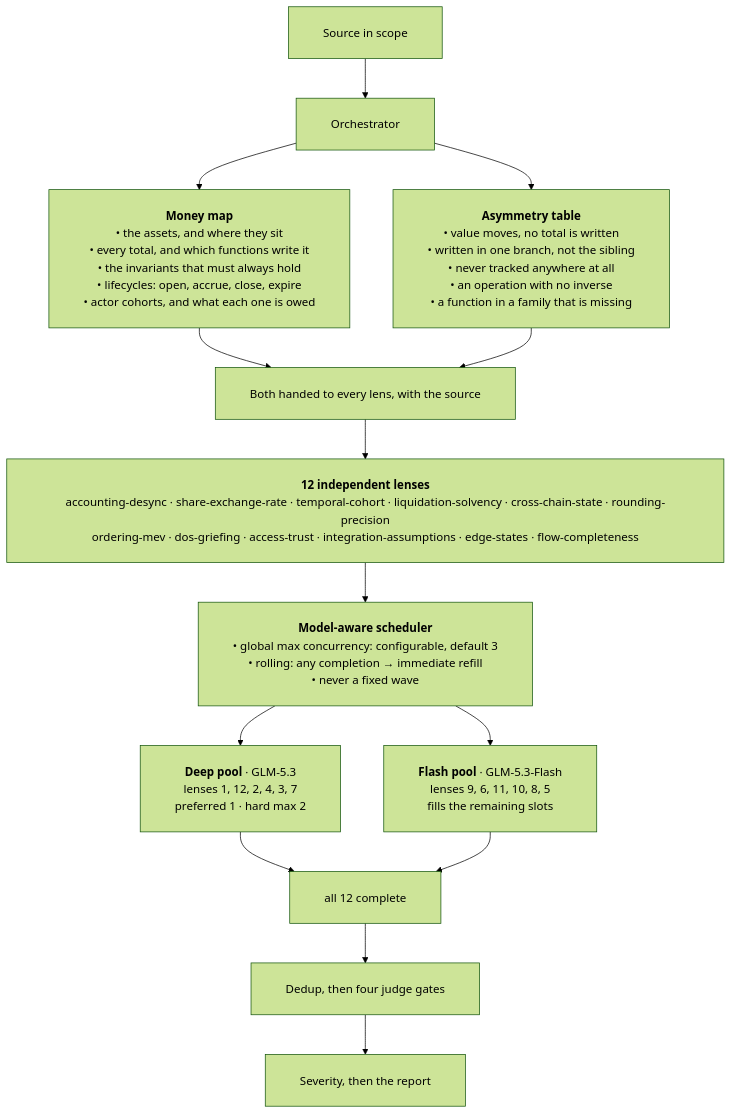
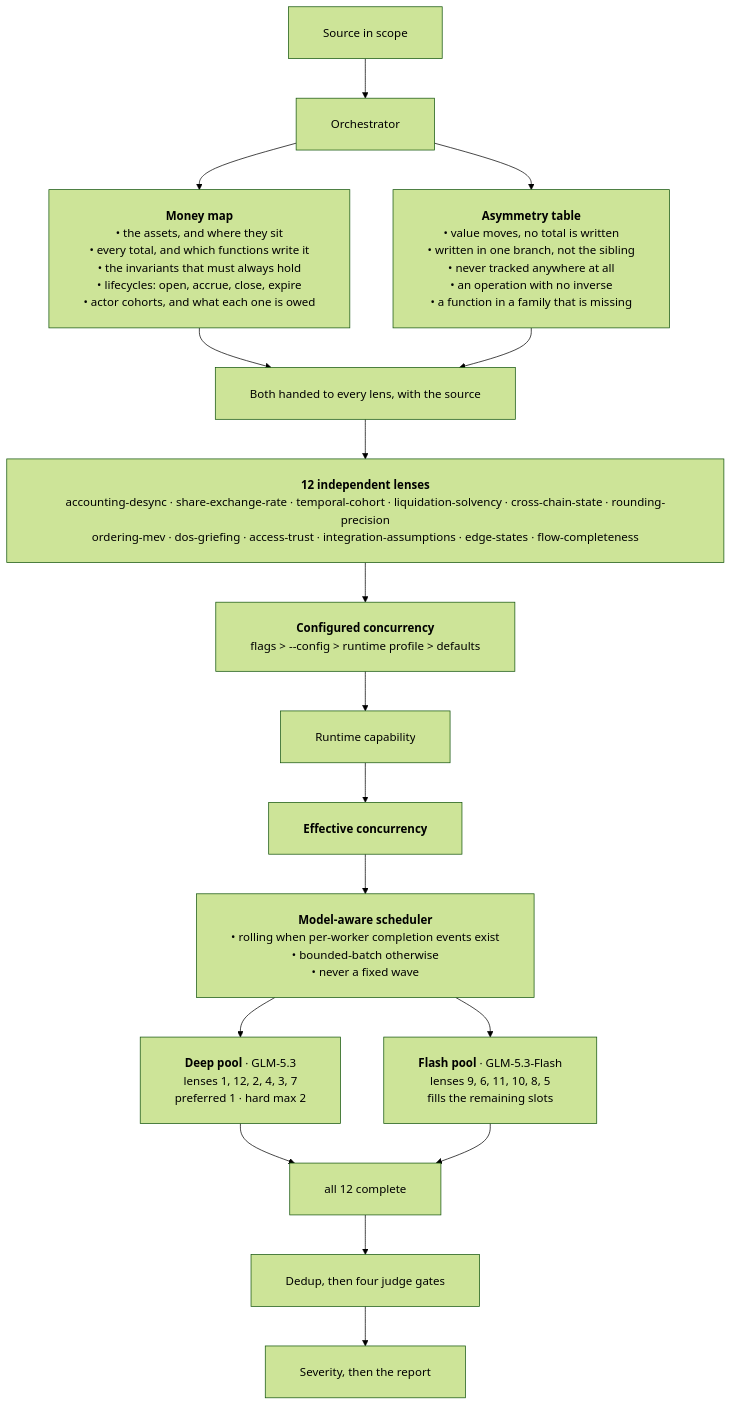
The diagram in README.md (WhiteHexLabs/0xsimao-ai), drawn with Mermaid (forest theme) before and after one commit. The commit also changed other lines of this file and 10 other files, not shown here.

````diff
--- a/README.md
+++ b/README.md
@@ -29,17 +29,20 @@
 ```mermaid
 %%{init: {"flowchart": {"padding": 24, "nodeSpacing": 60, "rankSpacing": 55, "wrappingWidth": 900}}}%%
 flowchart TD
   S["Source in scope"] --> O["Orchestrator"]
   O --> MM["<b>Money map</b><br/>• the assets, and where they sit<br/>• every total, and which functions write it<br/>• the invariants that must always hold<br/>• lifecycles: open, accrue, close, expire<br/>• actor cohorts, and what each one is owed"]
   O --> AT["<b>Asymmetry table</b><br/>• value moves, no total is written<br/>• written in one branch, not the sibling<br/>• never tracked anywhere at all<br/>• an operation with no inverse<br/>• a function in a family that is missing"]
   MM --> H["Both handed to every lens, with the source"]
   AT --> H
   H --> Q["<b>12 independent lenses</b><br/>accounting-desync · share-exchange-rate · temporal-cohort · liquidation-solvency · cross-chain-state · rounding-precision<br/>ordering-mev · dos-griefing · access-trust · integration-assumptions · edge-states · flow-completeness"]
-  Q --> SC["<b>Model-aware scheduler</b><br/>• global max concurrency: configurable, default 3<br/>• rolling: any completion → immediate refill<br/>• never a fixed wave"]
+  Q --> CC["<b>Configured concurrency</b><br/>flags > --config > runtime profile > defaults"]
+  CC --> RT["Runtime capability"]
+  RT --> EC["<b>Effective concurrency</b>"]
+  EC --> SC["<b>Model-aware scheduler</b><br/>• rolling when per-worker completion events exist<br/>• bounded-batch otherwise<br/>• never a fixed wave"]
   SC --> DP["<b>Deep pool</b> · GLM-5.3<br/>lenses 1, 12, 2, 4, 3, 7<br/>preferred 1 · hard max 2"]
   SC --> FP["<b>Flash pool</b> · GLM-5.3-Flash<br/>lenses 9, 6, 11, 10, 8, 5<br/>fills the remaining slots"]
   DP --> W["all 12 complete"]
   FP --> W
   W --> D["Dedup, then four judge gates"]
   D --> R["Severity, then the report"]
 ```
````
